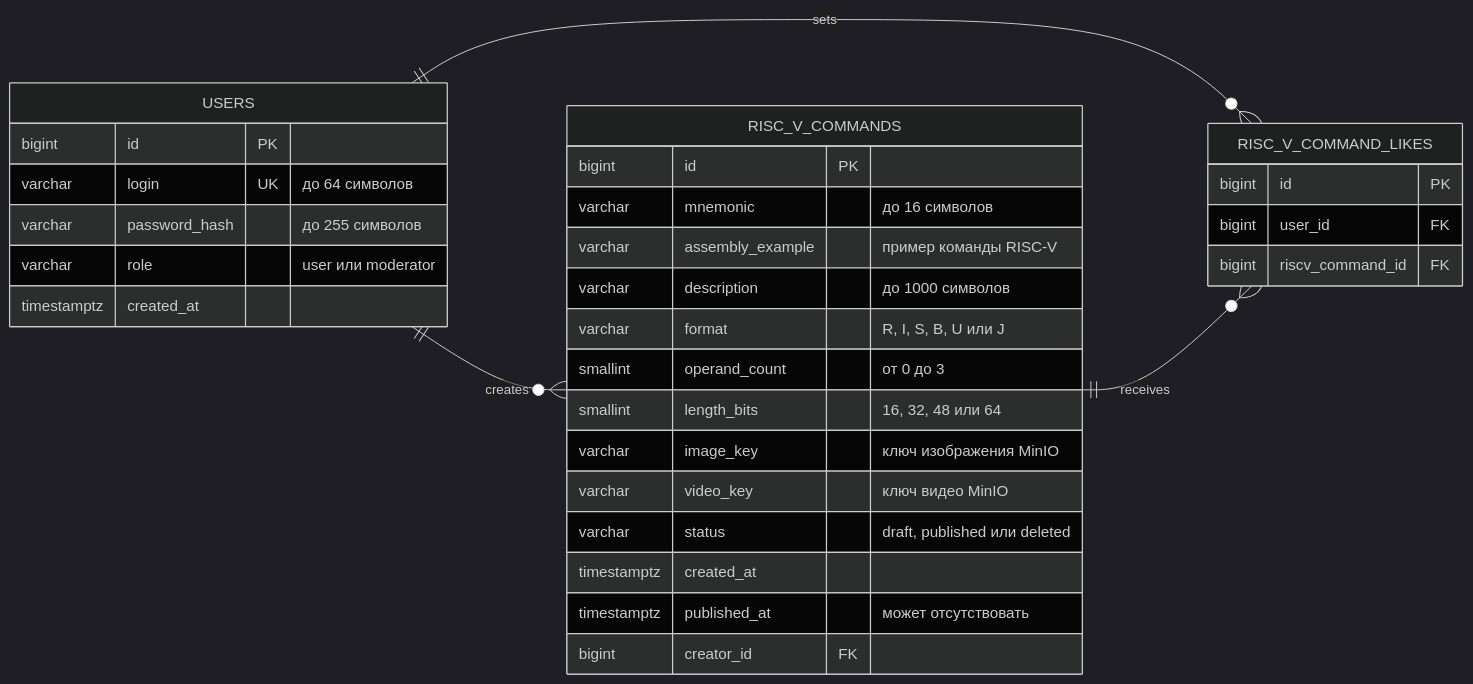
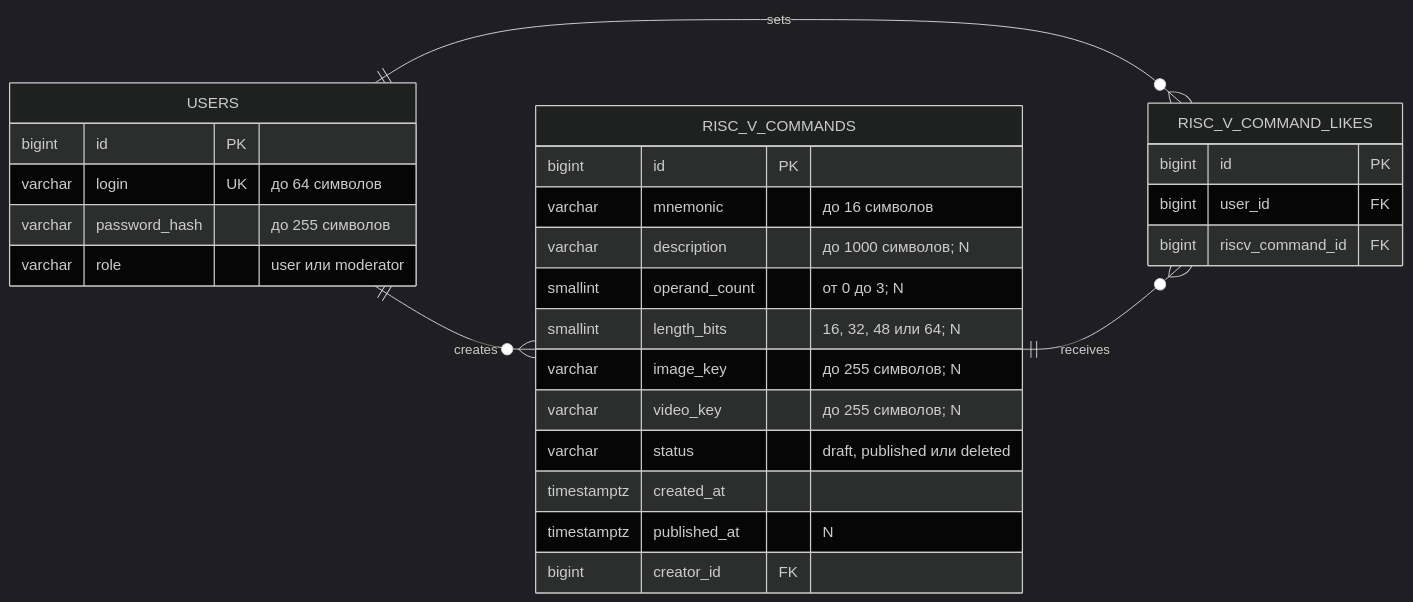
Before and after one commit to Nisakoo/RISC-V-Application-backend: the diagram in README.md, drawn with Mermaid (dark theme). The commit also changed other lines of this file and 37 other files, not shown here.

````diff
--- a/README.md
+++ b/README.md
@@ -25,37 +25,34 @@
 ```mermaid
 erDiagram
     direction LR
     USERS ||--o{ RISC_V_COMMANDS : creates
     USERS ||--o{ RISC_V_COMMAND_LIKES : sets
     RISC_V_COMMANDS ||--o{ RISC_V_COMMAND_LIKES : receives
 
     USERS {
         bigint id PK
         varchar login UK "до 64 символов"
         varchar password_hash "до 255 символов"
         varchar role "user или moderator"
-        timestamptz created_at
     }
 
     RISC_V_COMMANDS {
         bigint id PK
         varchar mnemonic "до 16 символов"
-        varchar assembly_example "пример команды RISC-V"
-        varchar description "до 1000 символов"
-        varchar format "R, I, S, B, U или J"
-        smallint operand_count "от 0 до 3"
-        smallint length_bits "16, 32, 48 или 64"
-        varchar image_key "ключ изображения MinIO"
-        varchar video_key "ключ видео MinIO"
+        varchar description "до 1000 символов; N"
+        smallint operand_count "от 0 до 3; N"
+        smallint length_bits "16, 32, 48 или 64; N"
+        varchar image_key "до 255 символов; N"
+        varchar video_key "до 255 символов; N"
         varchar status "draft, published или deleted"
         timestamptz created_at
-        timestamptz published_at "может отсутствовать"
+        timestamptz published_at "N"
         bigint creator_id FK
     }
 
     RISC_V_COMMAND_LIKES {
         bigint id PK
         bigint user_id FK
         bigint riscv_command_id FK
     }
 ```
````
